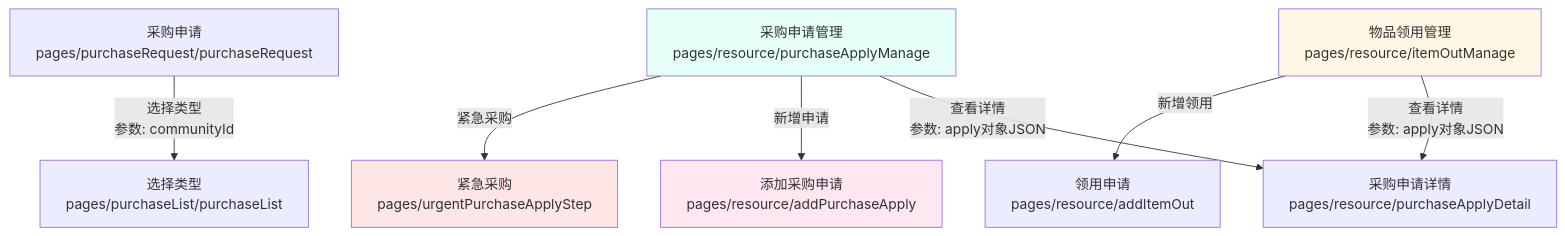
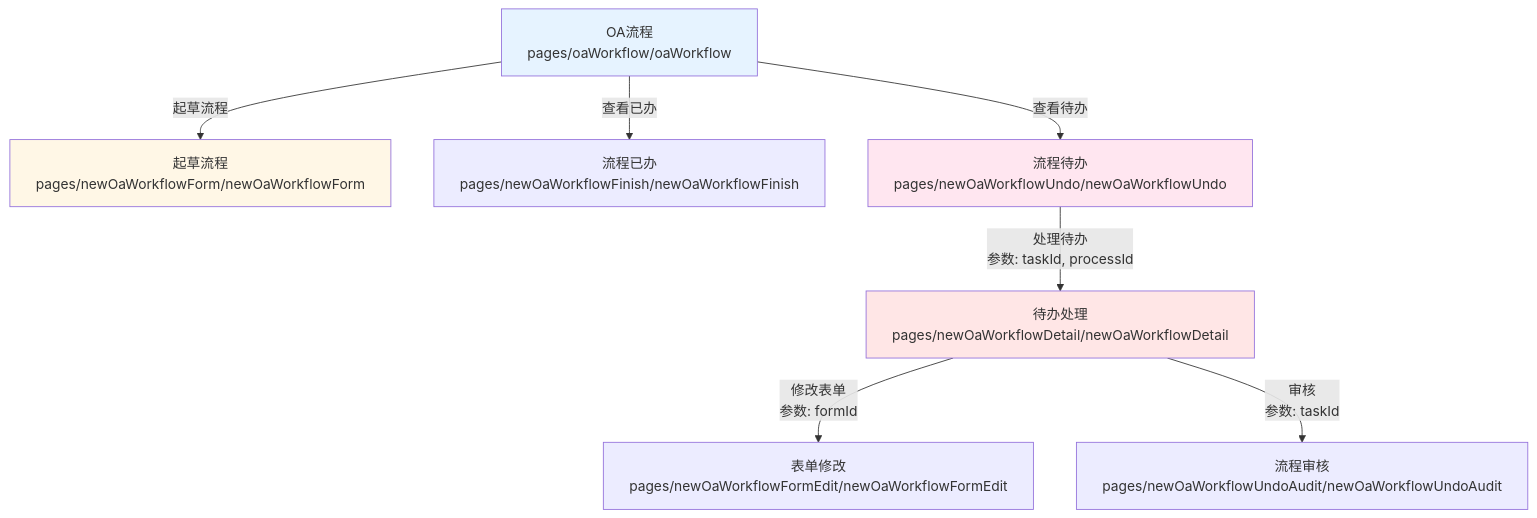
Before and after one commit to nwt-q/001-Smart-Community: diagram 13 of 19 in .github/reports/vue2-route-navigation-map.md, drawn with Mermaid. The commit also changed other lines of this file, not shown here.

Commit message:
🐳 chore(root): 重新制作路由关系图标；

````diff
--- a/.github/reports/vue2-route-navigation-map.md
+++ b/.github/reports/vue2-route-navigation-map.md
@@ -202,32 +528,29 @@
 ```mermaid
 graph TB
-    %% 采购资源管理主要页面
-    PurchaseRequest["采购申请<br/>pages/purchaseRequest/purchaseRequest"]
-    PurchaseManage["采购申请管理<br/>pages/resource/purchaseApplyManage"]
-    AddPurchase["添加采购申请<br/>pages/resource/addPurchaseApply"]
-    PurchaseDetail["采购申请详情<br/>pages/resource/purchaseApplyDetail"]
-    UrgentPurchase["紧急采购<br/>pages/urgentPurchaseApplyStep"]
+    %% OA工作流主要页面
+    OaWorkflow["OA流程<br/>pages/oaWorkflow/oaWorkflow"]
+    NewOaForm["起草流程<br/>pages/newOaWorkflowForm/newOaWorkflowForm"]
+    OaFormEdit["表单修改<br/>pages/newOaWorkflowFormEdit/newOaWorkflowFormEdit"]
+    OaFinish["流程已办<br/>pages/newOaWorkflowFinish/newOaWorkflowFinish"]
+    OaUndo["流程待办<br/>pages/newOaWorkflowUndo/newOaWorkflowUndo"]
+    OaDetail["待办处理<br/>pages/newOaWorkflowDetail/newOaWorkflowDetail"]
+    OaUndoAudit["流程审核<br/>pages/newOaWorkflowUndoAudit/newOaWorkflowUndoAudit"]
 
-    ItemOutManage["物品领用管理<br/>pages/resource/itemOutManage"]
-    AddItemOut["领用申请<br/>pages/resource/addItemOut"]
+    %% OA流程的跳转
+    OaWorkflow -->|起草流程| NewOaForm
+    OaWorkflow -->|查看已办| OaFinish
+    OaWorkflow -->|查看待办| OaUndo
 
-    PurchaseList["选择类型<br/>pages/purchaseList/purchaseList"]
+    %% 流程待办的跳转
+    OaUndo -->|处理待办<br/>参数: taskId, processId| OaDetail
 
-    %% 采购申请的跳转
-    PurchaseRequest -->|选择类型<br/>参数: communityId| PurchaseList
-
-    %% 采购申请管理的跳转
-    PurchaseManage -->|查看详情<br/>参数: apply对象JSON| PurchaseDetail
-    PurchaseManage -->|新增申请| AddPurchase
-    PurchaseManage -->|紧急采购| UrgentPurchase
-
-    %% 物品领用管理的跳转
-    ItemOutManage -->|查看详情<br/>参数: apply对象JSON| PurchaseDetail
-    ItemOutManage -->|新增领用| AddItemOut
+    %% 待办处理的跳转
+    OaDetail -->|修改表单<br/>参数: formId| OaFormEdit
+    OaDetail -->|审核<br/>参数: taskId| OaUndoAudit
 
     %% 样式
-    style PurchaseManage fill:#e6fff7
-    style ItemOutManage fill:#fff7e6
-    style AddPurchase fill:#ffe6f0
-    style UrgentPurchase fill:#ffe6e6
+    style OaWorkflow fill:#e6f3ff
+    style NewOaForm fill:#fff7e6
+    style OaUndo fill:#ffe6f0
+    style OaDetail fill:#ffe6e6
 ```
````
